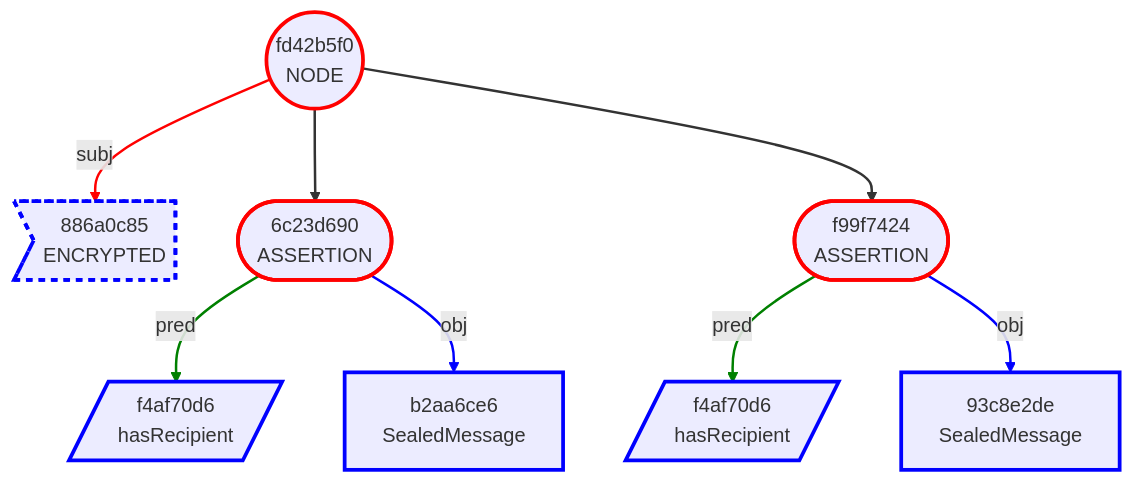
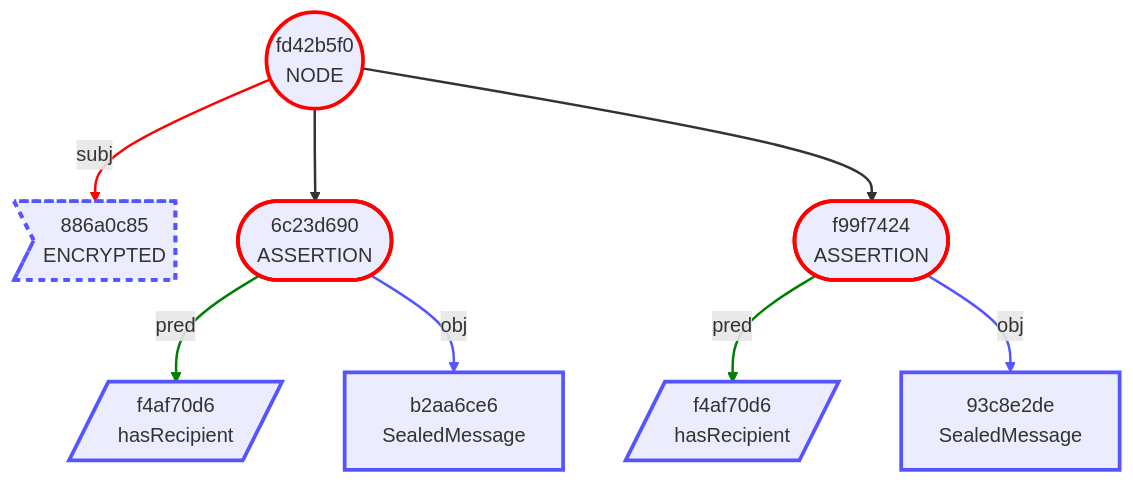
One commit to BlockchainCommons/BCSwiftSecureComponents changed the ninth of 12 diagrams in Docs/04-MERMAID-OUTPUT.md. Above: the diagram before and after it, drawn with Mermaid. The commit also changed other lines of this file and 1 other file, not shown here.

Commit message:
Refined blue for Mermaid output.

````diff
--- a/Docs/04-MERMAID-OUTPUT.md
+++ b/Docs/04-MERMAID-OUTPUT.md
@@ -345,33 +345,33 @@
 ```mermaid
 graph TB
     1(("fd42b5f0<br/>NODE"))
     2>"886a0c85<br/>ENCRYPTED"]
     3(["6c23d690<br/>ASSERTION"])
     4[/"f4af70d6<br/>hasRecipient"/]
     5["b2aa6ce6<br/>SealedMessage"]
     6(["f99f7424<br/>ASSERTION"])
     7[/"f4af70d6<br/>hasRecipient"/]
     8["93c8e2de<br/>SealedMessage"]
     1 -->|subj| 2
     1 --> 3
     3 -->|pred| 4
     3 -->|obj| 5
     1 --> 6
     6 -->|pred| 7
     6 -->|obj| 8
     style 1 stroke:red,stroke-width:3.0px
-    style 2 stroke:blue,stroke-width:3.0px,stroke-dasharray:5.0 5.0
+    style 2 stroke:#55f,stroke-width:3.0px,stroke-dasharray:5.0 5.0
     style 3 stroke:red,stroke-width:3.0px
-    style 4 stroke:blue,stroke-width:3.0px
-    style 5 stroke:blue,stroke-width:3.0px
+    style 4 stroke:#55f,stroke-width:3.0px
+    style 5 stroke:#55f,stroke-width:3.0px
     style 6 stroke:red,stroke-width:3.0px
-    style 7 stroke:blue,stroke-width:3.0px
-    style 8 stroke:blue,stroke-width:3.0px
+    style 7 stroke:#55f,stroke-width:3.0px
+    style 8 stroke:#55f,stroke-width:3.0px
     linkStyle 0 stroke:red,stroke-width:2.0px
     linkStyle 1 stroke-width:2.0px
     linkStyle 2 stroke:green,stroke-width:2.0px
-    linkStyle 3 stroke:blue,stroke-width:2.0px
+    linkStyle 3 stroke:#55f,stroke-width:2.0px
     linkStyle 4 stroke-width:2.0px
     linkStyle 5 stroke:green,stroke-width:2.0px
-    linkStyle 6 stroke:blue,stroke-width:2.0px
+    linkStyle 6 stroke:#55f,stroke-width:2.0px
 ```
````
